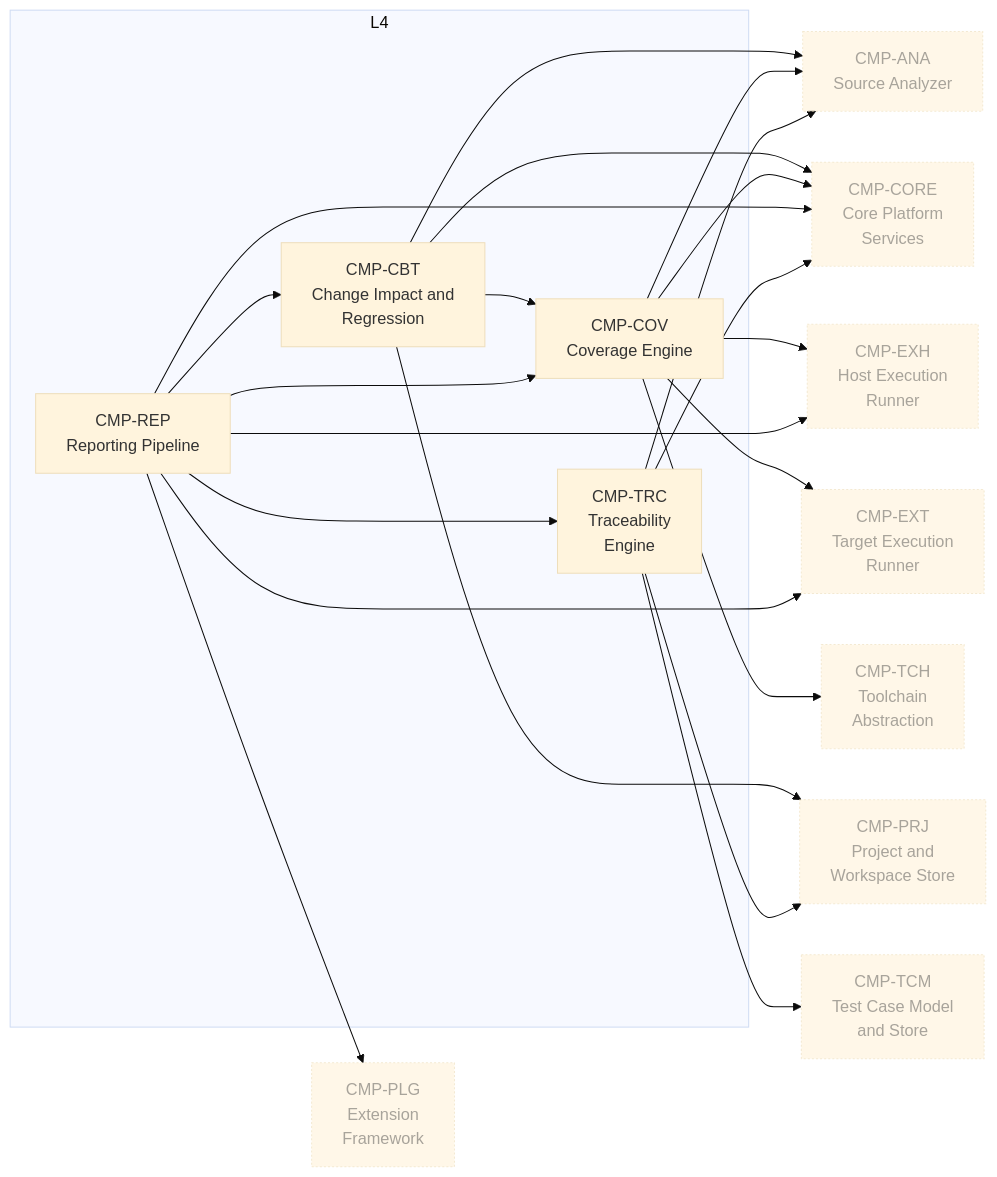
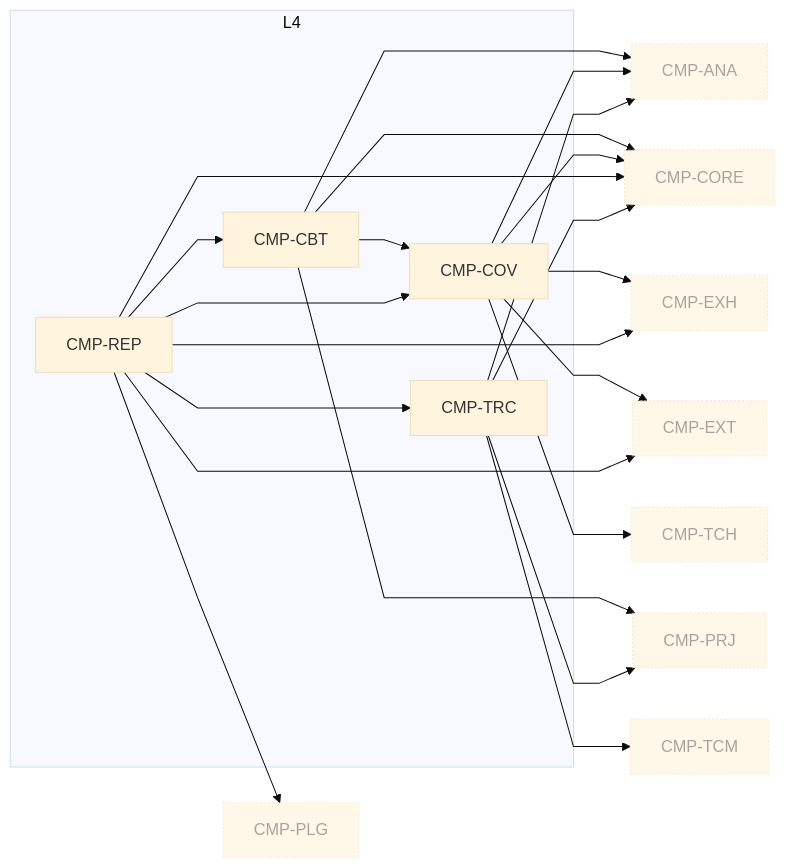
Before and after one commit to suduli/embedded-c-unit-test-tool: the seventh of 9 diagrams in design/architecture-diagrams.md, drawn with Mermaid (base theme). The commit also changed other lines of this file and 11 other files, not shown here.

First line of the commit message:
Fix non-uniform boxes and curved edges in the Mermaid diagrams; drop D2

````diff
--- a/design/architecture-diagrams.md
+++ b/design/architecture-diagrams.md
@@ -269,39 +304,40 @@
 ```mermaid
+%%{init: {'flowchart': {'curve': 'linear'}}}%%
 flowchart LR
   subgraph L4["L4"]
-    CMP_CBT["CMP-CBT<br/>Change Impact and<br/>Regression"]
-    CMP_COV["CMP-COV<br/>Coverage Engine"]
-    CMP_REP["CMP-REP<br/>Reporting Pipeline"]
-    CMP_TRC["CMP-TRC<br/>Traceability<br/>Engine"]
+    CMP_CBT["CMP-CBT"]
+    CMP_COV["CMP-COV"]
+    CMP_REP["CMP-REP"]
+    CMP_TRC["CMP-TRC"]
   end
-  CMP_ANA["CMP-ANA<br/>Source Analyzer"]
-  CMP_CORE["CMP-CORE<br/>Core Platform<br/>Services"]
-  CMP_EXH["CMP-EXH<br/>Host Execution<br/>Runner"]
-  CMP_EXT["CMP-EXT<br/>Target Execution<br/>Runner"]
-  CMP_PLG["CMP-PLG<br/>Extension<br/>Framework"]
-  CMP_PRJ["CMP-PRJ<br/>Project and<br/>Workspace Store"]
-  CMP_TCH["CMP-TCH<br/>Toolchain<br/>Abstraction"]
-  CMP_TCM["CMP-TCM<br/>Test Case Model<br/>and Store"]
+  CMP_ANA["CMP-ANA"]
+  CMP_CORE["CMP-CORE"]
+  CMP_EXH["CMP-EXH"]
+  CMP_EXT["CMP-EXT"]
+  CMP_PLG["CMP-PLG"]
+  CMP_PRJ["CMP-PRJ"]
+  CMP_TCH["CMP-TCH"]
+  CMP_TCM["CMP-TCM"]
   CMP_CBT --> CMP_ANA
   CMP_CBT --> CMP_CORE
   CMP_CBT --> CMP_COV
   CMP_CBT --> CMP_PRJ
   CMP_COV --> CMP_ANA
   CMP_COV --> CMP_CORE
   CMP_COV --> CMP_EXH
   CMP_COV --> CMP_EXT
   CMP_COV --> CMP_TCH
   CMP_REP --> CMP_CBT
   CMP_REP --> CMP_CORE
   CMP_REP --> CMP_COV
   CMP_REP --> CMP_EXH
   CMP_REP --> CMP_EXT
   CMP_REP --> CMP_PLG
   CMP_REP --> CMP_TRC
   CMP_TRC --> CMP_ANA
   CMP_TRC --> CMP_CORE
   CMP_TRC --> CMP_PRJ
   CMP_TRC --> CMP_TCM
   classDef ext stroke-dasharray:2 2,opacity:0.65
   class CMP_ANA,CMP_CORE,CMP_EXH,CMP_EXT,CMP_PLG,CMP_PRJ,CMP_TCH,CMP_TCM ext
 ```
````
